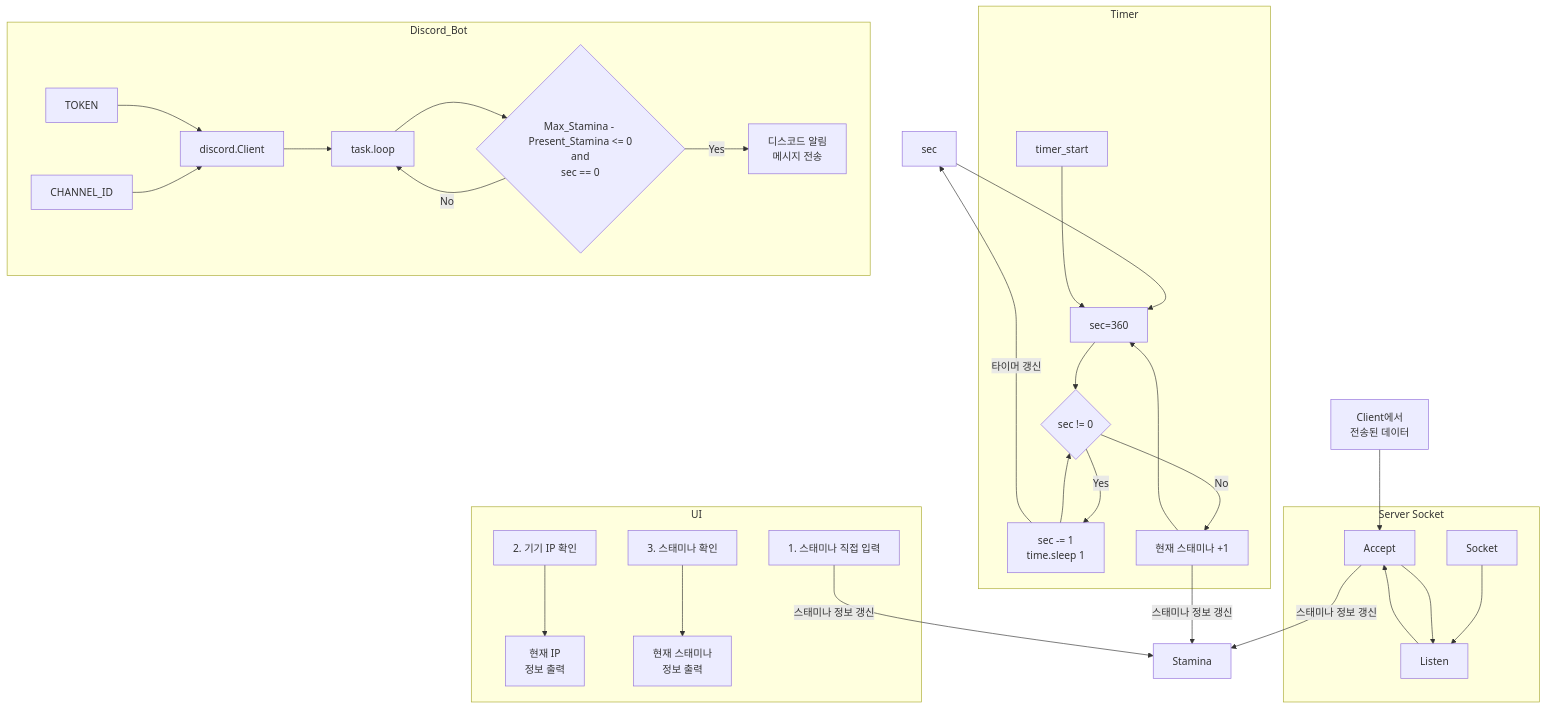
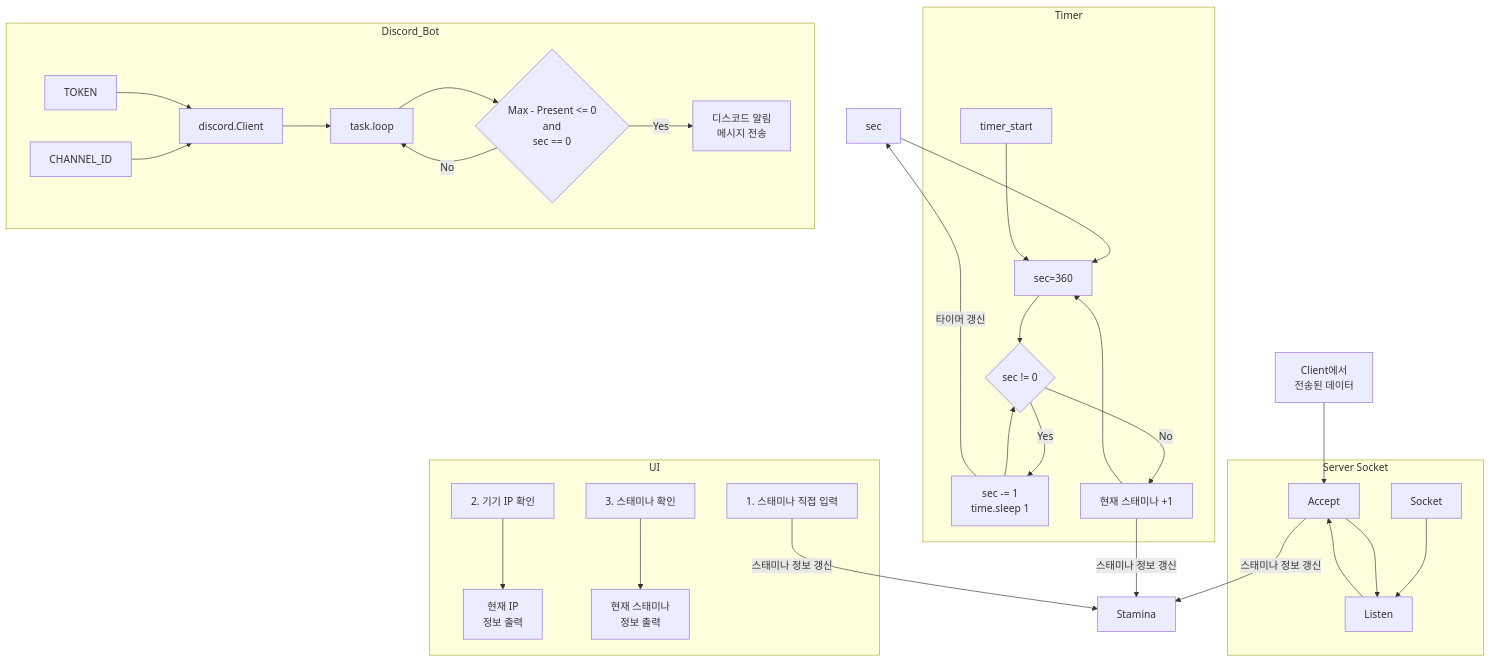
The third of 3 diagrams in README.md (201710808/Game-Stamina-Alarm), drawn with Mermaid before and after one commit.

````diff
--- a/README.md
+++ b/README.md
@@ -55,41 +55,41 @@
 ```mermaid
 graph TB;
     data[Client에서\n전송된 데이터]-->Accept;
 
     subgraph Server Socket;
     Socket-->Listen;
     Listen-->Accept;
     end;
     Accept-->|스태미나 정보 갱신|Stamina;
     Accept-->Listen;
 
     sec-->sec360;
     subgraph Timer;
     timer_start-->sec360;
     sec360[sec=360]-->condition{sec != 0};
     condition-->|"Yes"|process_time[sec -= 1\ntime.sleep 1];
     process_time-->condition;
     condition-->|"No"|sync_stamina[현재 스태미나 +1];
     sync_stamina-->sec360;
     end;
 
     process_time-->|"타이머 갱신"|sec;
     sync_stamina-->|스태미나 정보 갱신|Stamina;
 
     subgraph Discord_Bot;
     TOKEN-->Client[discord.Client];
     CHANNEL_ID-->Client;
     Client-->task.loop;
-    task.loop-->discord_condition{Max_Stamina - Present_Stamina <= 0\nand\nsec == 0};
+    task.loop-->discord_condition{Max - Present <= 0\nand\nsec == 0};
     discord_condition-->|"Yes"|discord_message[디스코드 알림\n메시지 전송]
     discord_condition-->|"No"|task.loop;
     end;
     
     subgraph UI;
     input_stamina[1. 스태미나 직접 입력];
     check_ip[2. 기기 IP 확인]-->output_ip[현재 IP\n정보 출력];
     check_stamina[3. 스태미나 확인]-->output_stamina[현재 스태미나\n정보 출력];
     
     end;
     input_stamina-->|스태미나 정보 갱신|Stamina;
 ```
````
